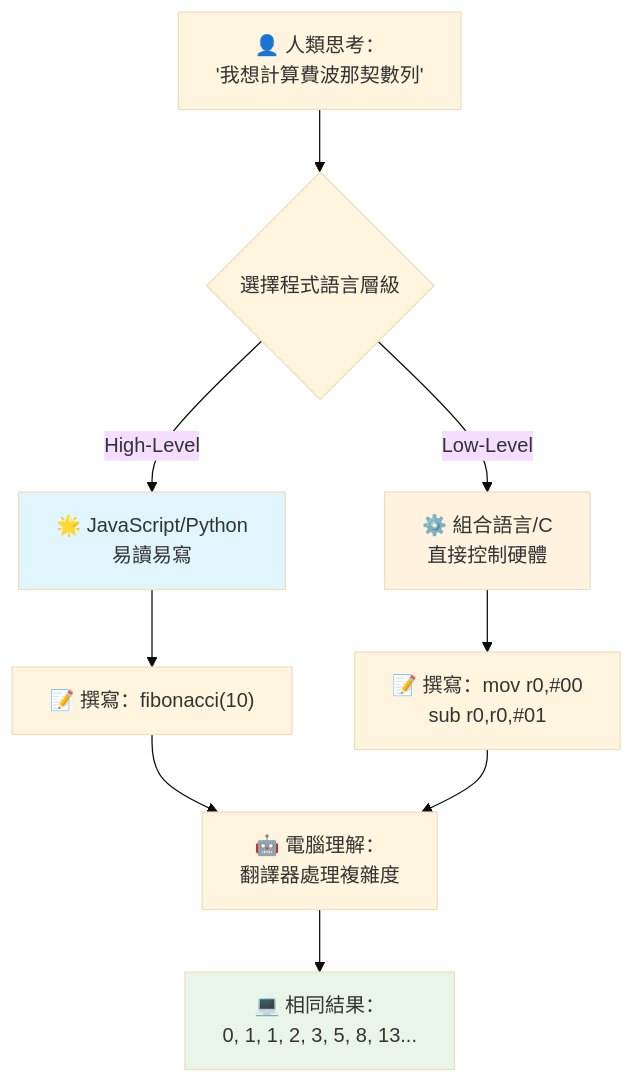
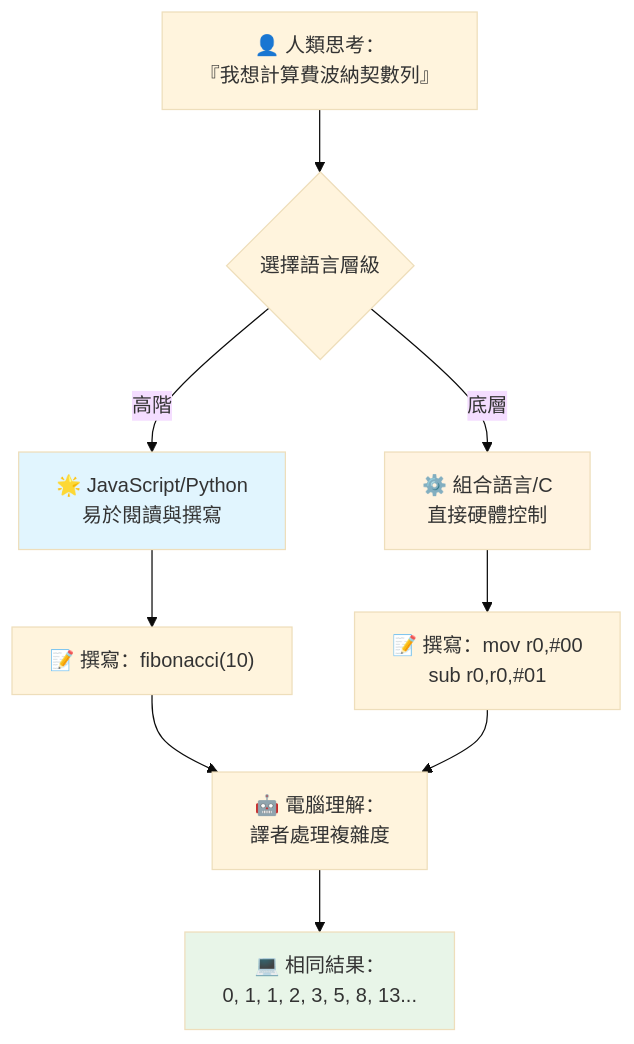
Before and after one commit to microsoft/Web-Dev-For-Beginners: the third of 7 diagrams in translations/zh-MO/1-getting-started-lessons/1-intro-to-programming-languages/README.md, drawn with Mermaid (base theme). The commit also changed other lines of this file and 8 other files, not shown here.

````diff
--- a/translations/zh-MO/1-getting-started-lessons/1-intro-to-programming-languages/README.md
+++ b/translations/zh-MO/1-getting-started-lessons/1-intro-to-programming-languages/README.md
@@ -148,19 +148,19 @@
 ```mermaid
 flowchart TB
-    A["👤 人類思考：<br/>'我想計算費波那契數列'"] --> B{選擇程式語言層級}
+    A["👤 人類思考：<br/>『我想計算費波納契數列』"] --> B{選擇語言層級}
     
-    B -->|High-Level| C["🌟 JavaScript/Python<br/>易讀易寫"]
-    B -->|Low-Level| D["⚙️ 組合語言/C<br/>直接控制硬體"]
+    B -->|高階| C["🌟 JavaScript/Python<br/>易於閱讀與撰寫"]
+    B -->|底層| D["⚙️ 組合語言/C<br/>直接硬體控制"]
     
     C --> E["📝 撰寫：fibonacci(10)"]
     D --> F["📝 撰寫：mov r0,#00<br/>sub r0,r0,#01"]
     
-    E --> G["🤖 電腦理解：<br/>翻譯器處理複雜度"]
+    E --> G["🤖 電腦理解：<br/>譯者處理複雜度"]
     F --> G
     
     G --> H["💻 相同結果：<br/>0, 1, 1, 2, 3, 5, 8, 13..."]
     
     style C fill:#e1f5fe
     style D fill:#fff3e0
     style H fill:#e8f5e8
 ```
````
